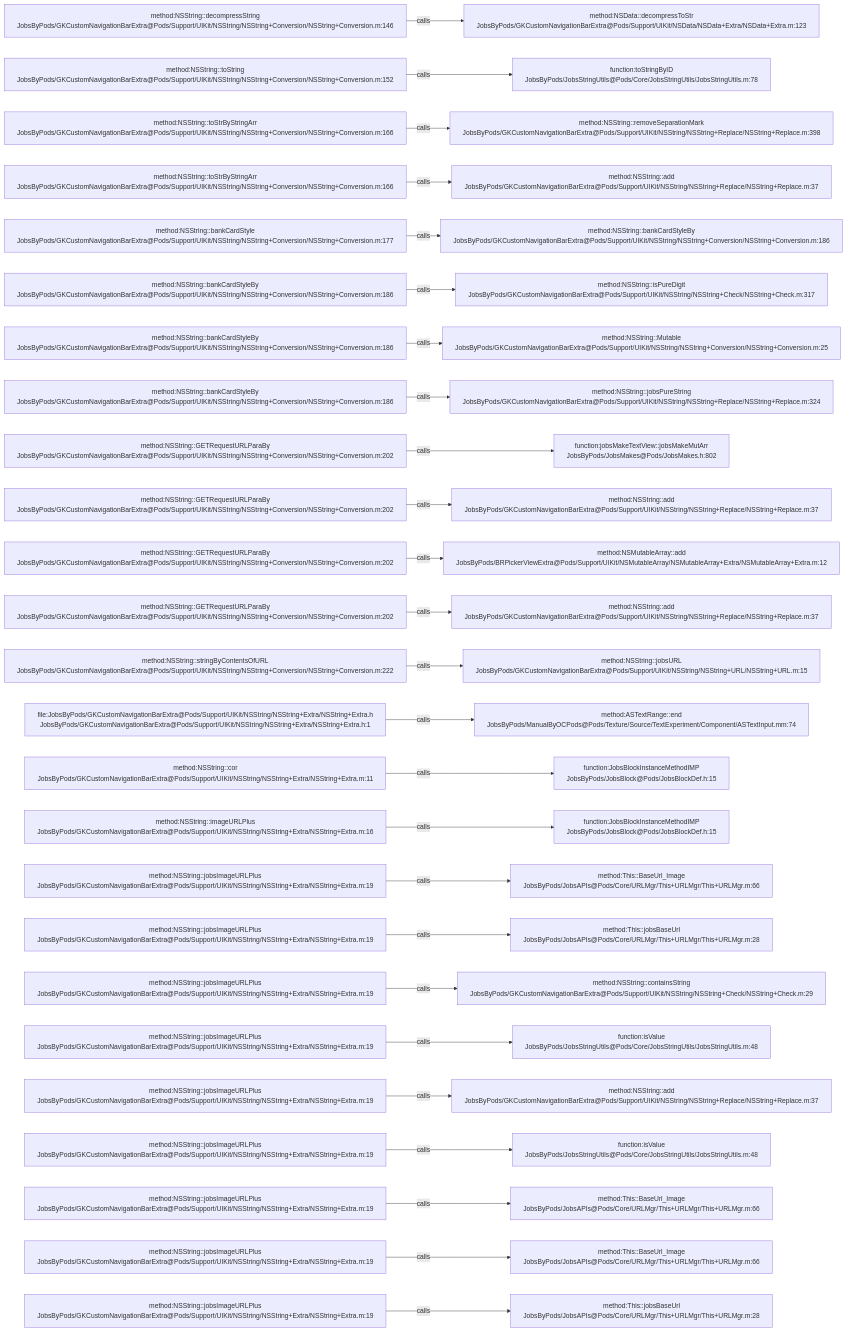
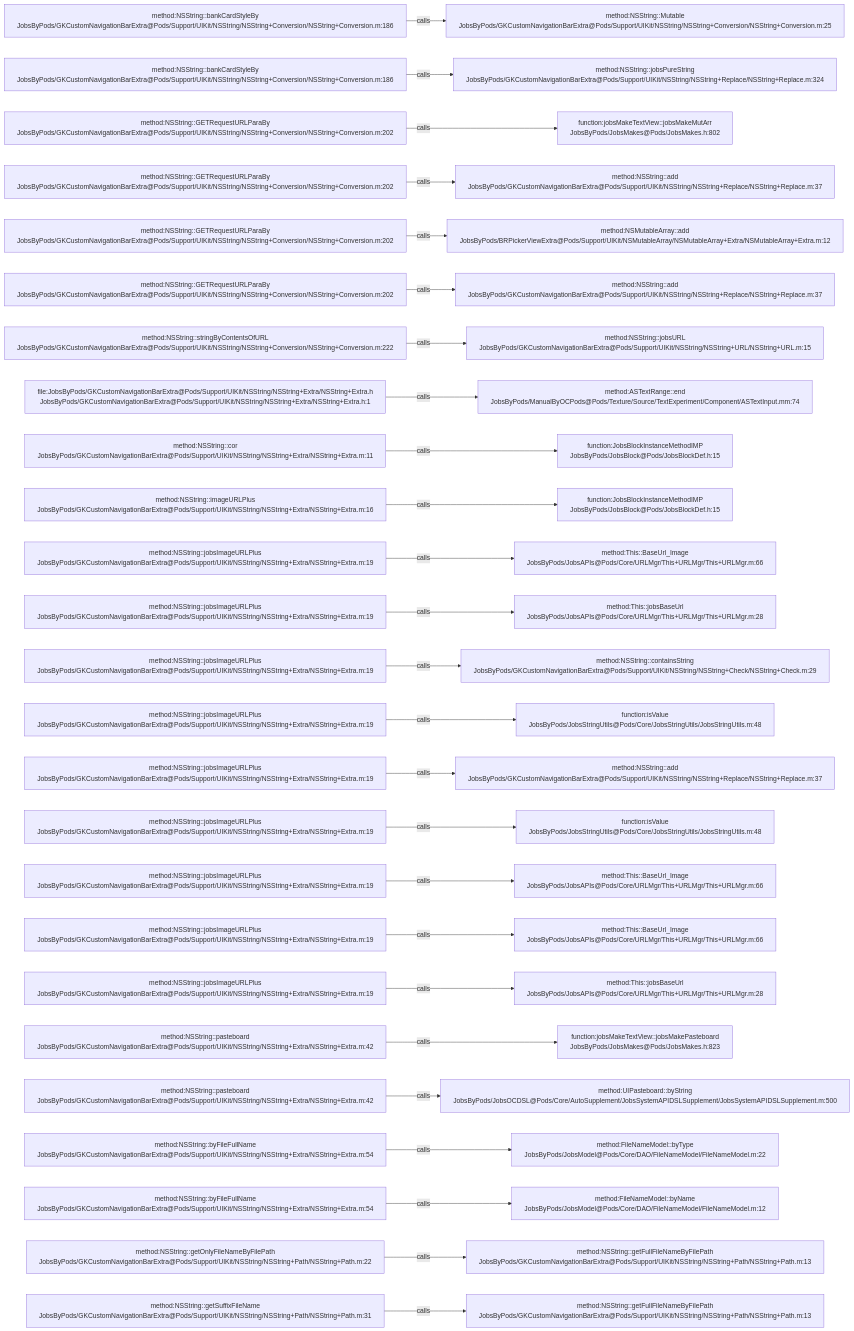
The diagram in .codegraph/codegraph.md/graphs/calls-016.md (JobsKits/JobsOCBaseConfigDemo), drawn with Mermaid before and after one commit. The commit also changed 223 other files, not shown here.

````diff
--- a/.codegraph/codegraph.md/graphs/calls-016.md
+++ b/.codegraph/codegraph.md/graphs/calls-016.md
@@ -13,78 +13,78 @@
 ```mermaid
 flowchart LR
-  S1["method:NSString::decompressString<br/>JobsByPods/GKCustomNavigationBarExtra@Pods/Support/UIKit/NSString/NSString+Conversion/NSString+Conversion.m:146"]
-  T1["method:NSData::decompressToStr<br/>JobsByPods/GKCustomNavigationBarExtra@Pods/Support/UIKit/NSData/NSData+Extra/NSData+Extra.m:123"]
+  S1["method:NSString::bankCardStyleBy<br/>JobsByPods/GKCustomNavigationBarExtra@Pods/Support/UIKit/NSString/NSString+Conversion/NSString+Conversion.m:186"]
+  T1["method:NSString::Mutable<br/>JobsByPods/GKCustomNavigationBarExtra@Pods/Support/UIKit/NSString/NSString+Conversion/NSString+Conversion.m:25"]
   S1 -->|calls| T1
-  S2["method:NSString::toString<br/>JobsByPods/GKCustomNavigationBarExtra@Pods/Support/UIKit/NSString/NSString+Conversion/NSString+Conversion.m:152"]
-  T2["function:toStringByID<br/>JobsByPods/JobsStringUtils@Pods/Core/JobsStringUtils/JobsStringUtils.m:78"]
+  S2["method:NSString::bankCardStyleBy<br/>JobsByPods/GKCustomNavigationBarExtra@Pods/Support/UIKit/NSString/NSString+Conversion/NSString+Conversion.m:186"]
+  T2["method:NSString::jobsPureString<br/>JobsByPods/GKCustomNavigationBarExtra@Pods/Support/UIKit/NSString/NSString+Replace/NSString+Replace.m:324"]
   S2 -->|calls| T2
-  S3["method:NSString::toStrByStringArr<br/>JobsByPods/GKCustomNavigationBarExtra@Pods/Support/UIKit/NSString/NSString+Conversion/NSString+Conversion.m:166"]
-  T3["method:NSString::removeSeparationMark<br/>JobsByPods/GKCustomNavigationBarExtra@Pods/Support/UIKit/NSString/NSString+Replace/NSString+Replace.m:398"]
+  S3["method:NSString::GETRequestURLParaBy<br/>JobsByPods/GKCustomNavigationBarExtra@Pods/Support/UIKit/NSString/NSString+Conversion/NSString+Conversion.m:202"]
+  T3["function:jobsMakeTextView::jobsMakeMutArr<br/>JobsByPods/JobsMakes@Pods/JobsMakes.h:802"]
   S3 -->|calls| T3
-  S4["method:NSString::toStrByStringArr<br/>JobsByPods/GKCustomNavigationBarExtra@Pods/Support/UIKit/NSString/NSString+Conversion/NSString+Conversion.m:166"]
+  S4["method:NSString::GETRequestURLParaBy<br/>JobsByPods/GKCustomNavigationBarExtra@Pods/Support/UIKit/NSString/NSString+Conversion/NSString+Conversion.m:202"]
   T4["method:NSString::add<br/>JobsByPods/GKCustomNavigationBarExtra@Pods/Support/UIKit/NSString/NSString+Replace/NSString+Replace.m:37"]
   S4 -->|calls| T4
-  S5["method:NSString::bankCardStyle<br/>JobsByPods/GKCustomNavigationBarExtra@Pods/Support/UIKit/NSString/NSString+Conversion/NSString+Conversion.m:177"]
-  T5["method:NSString::bankCardStyleBy<br/>JobsByPods/GKCustomNavigationBarExtra@Pods/Support/UIKit/NSString/NSString+Conversion/NSString+Conversion.m:186"]
+  S5["method:NSString::GETRequestURLParaBy<br/>JobsByPods/GKCustomNavigationBarExtra@Pods/Support/UIKit/NSString/NSString+Conversion/NSString+Conversion.m:202"]
+  T5["method:NSMutableArray::add<br/>JobsByPods/BRPickerViewExtra@Pods/Support/UIKit/NSMutableArray/NSMutableArray+Extra/NSMutableArray+Extra.m:12"]
   S5 -->|calls| T5
-  S6["method:NSString::bankCardStyleBy<br/>JobsByPods/GKCustomNavigationBarExtra@Pods/Support/UIKit/NSString/NSString+Conversion/NSString+Conversion.m:186"]
-  T6["method:NSString::isPureDigit<br/>JobsByPods/GKCustomNavigationBarExtra@Pods/Support/UIKit/NSString/NSString+Check/NSString+Check.m:317"]
+  S6["method:NSString::GETRequestURLParaBy<br/>JobsByPods/GKCustomNavigationBarExtra@Pods/Support/UIKit/NSString/NSString+Conversion/NSString+Conversion.m:202"]
+  T6["method:NSString::add<br/>JobsByPods/GKCustomNavigationBarExtra@Pods/Support/UIKit/NSString/NSString+Replace/NSString+Replace.m:37"]
   S6 -->|calls| T6
-  S7["method:NSString::bankCardStyleBy<br/>JobsByPods/GKCustomNavigationBarExtra@Pods/Support/UIKit/NSString/NSString+Conversion/NSString+Conversion.m:186"]
-  T7["method:NSString::Mutable<br/>JobsByPods/GKCustomNavigationBarExtra@Pods/Support/UIKit/NSString/NSString+Conversion/NSString+Conversion.m:25"]
+  S7["method:NSString::stringByContentsOfURL<br/>JobsByPods/GKCustomNavigationBarExtra@Pods/Support/UIKit/NSString/NSString+Conversion/NSString+Conversion.m:222"]
+  T7["method:NSString::jobsURL<br/>JobsByPods/GKCustomNavigationBarExtra@Pods/Support/UIKit/NSString/NSString+URL/NSString+URL.m:15"]
   S7 -->|calls| T7
-  S8["method:NSString::bankCardStyleBy<br/>JobsByPods/GKCustomNavigationBarExtra@Pods/Support/UIKit/NSString/NSString+Conversion/NSString+Conversion.m:186"]
-  T8["method:NSString::jobsPureString<br/>JobsByPods/GKCustomNavigationBarExtra@Pods/Support/UIKit/NSString/NSString+Replace/NSString+Replace.m:324"]
+  S8["file:JobsByPods/GKCustomNavigationBarExtra@Pods/Support/UIKit/NSString/NSString+Extra/NSString+Extra.h<br/>JobsByPods/GKCustomNavigationBarExtra@Pods/Support/UIKit/NSString/NSString+Extra/NSString+Extra.h:1"]
+  T8["method:ASTextRange::end<br/>JobsByPods/ManualByOCPods@Pods/Texture/Source/TextExperiment/Component/ASTextInput.mm:74"]
   S8 -->|calls| T8
-  S9["method:NSString::GETRequestURLParaBy<br/>JobsByPods/GKCustomNavigationBarExtra@Pods/Support/UIKit/NSString/NSString+Conversion/NSString+Conversion.m:202"]
-  T9["function:jobsMakeTextView::jobsMakeMutArr<br/>JobsByPods/JobsMakes@Pods/JobsMakes.h:802"]
+  S9["method:NSString::cor<br/>JobsByPods/GKCustomNavigationBarExtra@Pods/Support/UIKit/NSString/NSString+Extra/NSString+Extra.m:11"]
+  T9["function:JobsBlockInstanceMethodIMP<br/>JobsByPods/JobsBlock@Pods/JobsBlockDef.h:15"]
   S9 -->|calls| T9
-  S10["method:NSString::GETRequestURLParaBy<br/>JobsByPods/GKCustomNavigationBarExtra@Pods/Support/UIKit/NSString/NSString+Conversion/NSString+Conversion.m:202"]
-  T10["method:NSString::add<br/>JobsByPods/GKCustomNavigationBarExtra@Pods/Support/UIKit/NSString/NSString+Replace/NSString+Replace.m:37"]
+  S10["method:NSString::imageURLPlus<br/>JobsByPods/GKCustomNavigationBarExtra@Pods/Support/UIKit/NSString/NSString+Extra/NSString+Extra.m:16"]
+  T10["function:JobsBlockInstanceMethodIMP<br/>JobsByPods/JobsBlock@Pods/JobsBlockDef.h:15"]
   S10 -->|calls| T10
-  S11["method:NSString::GETRequestURLParaBy<br/>JobsByPods/GKCustomNavigationBarExtra@Pods/Support/UIKit/NSString/NSString+Conversion/NSString+Conversion.m:202"]
-  T11["method:NSMutableArray::add<br/>JobsByPods/BRPickerViewExtra@Pods/Support/UIKit/NSMutableArray/NSMutableArray+Extra/NSMutableArray+Extra.m:12"]
+  S11["method:NSString::jobsImageURLPlus<br/>JobsByPods/GKCustomNavigationBarExtra@Pods/Support/UIKit/NSString/NSString+Extra/NSString+Extra.m:19"]
+  T11["method:This::BaseUrl_Image<br/>JobsByPods/JobsAPIs@Pods/Core/URLMgr/This+URLMgr/This+URLMgr.m:66"]
   S11 -->|calls| T11
-  S12["method:NSString::GETRequestURLParaBy<br/>JobsByPods/GKCustomNavigationBarExtra@Pods/Support/UIKit/NSString/NSString+Conversion/NSString+Conversion.m:202"]
-  T12["method:NSString::add<br/>JobsByPods/GKCustomNavigationBarExtra@Pods/Support/UIKit/NSString/NSString+Replace/NSString+Replace.m:37"]
+  S12["method:NSString::jobsImageURLPlus<br/>JobsByPods/GKCustomNavigationBarExtra@Pods/Support/UIKit/NSString/NSString+Extra/NSString+Extra.m:19"]
+  T12["method:This::jobsBaseUrl<br/>JobsByPods/JobsAPIs@Pods/Core/URLMgr/This+URLMgr/This+URLMgr.m:28"]
   S12 -->|calls| T12
-  S13["method:NSString::stringByContentsOfURL<br/>JobsByPods/GKCustomNavigationBarExtra@Pods/Support/UIKit/NSString/NSString+Conversion/NSString+Conversion.m:222"]
-  T13["method:NSString::jobsURL<br/>JobsByPods/GKCustomNavigationBarExtra@Pods/Support/UIKit/NSString/NSString+URL/NSString+URL.m:15"]
+  S13["method:NSString::jobsImageURLPlus<br/>JobsByPods/GKCustomNavigationBarExtra@Pods/Support/UIKit/NSString/NSString+Extra/NSString+Extra.m:19"]
+  T13["method:NSString::containsString<br/>JobsByPods/GKCustomNavigationBarExtra@Pods/Support/UIKit/NSString/NSString+Check/NSString+Check.m:29"]
   S13 -->|calls| T13
-  S14["file:JobsByPods/GKCustomNavigationBarExtra@Pods/Support/UIKit/NSString/NSString+Extra/NSString+Extra.h<br/>JobsByPods/GKCustomNavigationBarExtra@Pods/Support/UIKit/NSString/NSString+Extra/NSString+Extra.h:1"]
-  T14["method:ASTextRange::end<br/>JobsByPods/ManualByOCPods@Pods/Texture/Source/TextExperiment/Component/ASTextInput.mm:74"]
+  S14["method:NSString::jobsImageURLPlus<br/>JobsByPods/GKCustomNavigationBarExtra@Pods/Support/UIKit/NSString/NSString+Extra/NSString+Extra.m:19"]
+  T14["function:isValue<br/>JobsByPods/JobsStringUtils@Pods/Core/JobsStringUtils/JobsStringUtils.m:48"]
   S14 -->|calls| T14
-  S15["method:NSString::cor<br/>JobsByPods/GKCustomNavigationBarExtra@Pods/Support/UIKit/NSString/NSString+Extra/NSString+Extra.m:11"]
-  T15["function:JobsBlockInstanceMethodIMP<br/>JobsByPods/JobsBlock@Pods/JobsBlockDef.h:15"]
+  S15["method:NSString::jobsImageURLPlus<br/>JobsByPods/GKCustomNavigationBarExtra@Pods/Support/UIKit/NSString/NSString+Extra/NSString+Extra.m:19"]
+  T15["method:NSString::add<br/>JobsByPods/GKCustomNavigationBarExtra@Pods/Support/UIKit/NSString/NSString+Replace/NSString+Replace.m:37"]
   S15 -->|calls| T15
-  S16["method:NSString::imageURLPlus<br/>JobsByPods/GKCustomNavigationBarExtra@Pods/Support/UIKit/NSString/NSString+Extra/NSString+Extra.m:16"]
-  T16["function:JobsBlockInstanceMethodIMP<br/>JobsByPods/JobsBlock@Pods/JobsBlockDef.h:15"]
+  S16["method:NSString::jobsImageURLPlus<br/>JobsByPods/GKCustomNavigationBarExtra@Pods/Support/UIKit/NSString/NSString+Extra/NSString+Extra.m:19"]
+  T16["function:isValue<br/>JobsByPods/JobsStringUtils@Pods/Core/JobsStringUtils/JobsStringUtils.m:48"]
   S16 -->|calls| T16
   S17["method:NSString::jobsImageURLPlus<br/>JobsByPods/GKCustomNavigationBarExtra@Pods/Support/UIKit/NSString/NSString+Extra/NSString+Extra.m:19"]
   T17["method:This::BaseUrl_Image<br/>JobsByPods/JobsAPIs@Pods/Core/URLMgr/This+URLMgr/This+URLMgr.m:66"]
   S17 -->|calls| T17
   S18["method:NSString::jobsImageURLPlus<br/>JobsByPods/GKCustomNavigationBarExtra@Pods/Support/UIKit/NSString/NSString+Extra/NSString+Extra.m:19"]
-  T18["method:This::jobsBaseUrl<br/>JobsByPods/JobsAPIs@Pods/Core/URLMgr/This+URLMgr/This+URLMgr.m:28"]
+  T18["method:This::BaseUrl_Image<br/>JobsByPods/JobsAPIs@Pods/Core/URLMgr/This+URLMgr/This+URLMgr.m:66"]
   S18 -->|calls| T18
   S19["method:NSString::jobsImageURLPlus<br/>JobsByPods/GKCustomNavigationBarExtra@Pods/Support/UIKit/NSString/NSString+Extra/NSString+Extra.m:19"]
-  T19["method:NSString::containsString<br/>JobsByPods/GKCustomNavigationBarExtra@Pods/Support/UIKit/NSString/NSString+Check/NSString+Check.m:29"]
+  T19["method:This::jobsBaseUrl<br/>JobsByPods/JobsAPIs@Pods/Core/URLMgr/This+URLMgr/This+URLMgr.m:28"]
   S19 -->|calls| T19
-  S20["method:NSString::jobsImageURLPlus<br/>JobsByPods/GKCustomNavigationBarExtra@Pods/Support/UIKit/NSString/NSString+Extra/NSString+Extra.m:19"]
-  T20["function:isValue<br/>JobsByPods/JobsStringUtils@Pods/Core/JobsStringUtils/JobsStringUtils.m:48"]
+  S20["method:NSString::pasteboard<br/>JobsByPods/GKCustomNavigationBarExtra@Pods/Support/UIKit/NSString/NSString+Extra/NSString+Extra.m:42"]
+  T20["function:jobsMakeTextView::jobsMakePasteboard<br/>JobsByPods/JobsMakes@Pods/JobsMakes.h:823"]
   S20 -->|calls| T20
-  S21["method:NSString::jobsImageURLPlus<br/>JobsByPods/GKCustomNavigationBarExtra@Pods/Support/UIKit/NSString/NSString+Extra/NSString+Extra.m:19"]
-  T21["method:NSString::add<br/>JobsByPods/GKCustomNavigationBarExtra@Pods/Support/UIKit/NSString/NSString+Replace/NSString+Replace.m:37"]
+  S21["method:NSString::pasteboard<br/>JobsByPods/GKCustomNavigationBarExtra@Pods/Support/UIKit/NSString/NSString+Extra/NSString+Extra.m:42"]
+  T21["method:UIPasteboard::byString<br/>JobsByPods/JobsOCDSL@Pods/Core/AutoSupplement/JobsSystemAPIDSLSupplement/JobsSystemAPIDSLSupplement.m:500"]
   S21 -->|calls| T21
-  S22["method:NSString::jobsImageURLPlus<br/>JobsByPods/GKCustomNavigationBarExtra@Pods/Support/UIKit/NSString/NSString+Extra/NSString+Extra.m:19"]
-  T22["function:isValue<br/>JobsByPods/JobsStringUtils@Pods/Core/JobsStringUtils/JobsStringUtils.m:48"]
+  S22["method:NSString::byFileFullName<br/>JobsByPods/GKCustomNavigationBarExtra@Pods/Support/UIKit/NSString/NSString+Extra/NSString+Extra.m:54"]
+  T22["method:FileNameModel::byType<br/>JobsByPods/JobsModel@Pods/Core/DAO/FileNameModel/FileNameModel.m:22"]
   S22 -->|calls| T22
-  S23["method:NSString::jobsImageURLPlus<br/>JobsByPods/GKCustomNavigationBarExtra@Pods/Support/UIKit/NSString/NSString+Extra/NSString+Extra.m:19"]
-  T23["method:This::BaseUrl_Image<br/>JobsByPods/JobsAPIs@Pods/Core/URLMgr/This+URLMgr/This+URLMgr.m:66"]
+  S23["method:NSString::byFileFullName<br/>JobsByPods/GKCustomNavigationBarExtra@Pods/Support/UIKit/NSString/NSString+Extra/NSString+Extra.m:54"]
+  T23["method:FileNameModel::byName<br/>JobsByPods/JobsModel@Pods/Core/DAO/FileNameModel/FileNameModel.m:12"]
   S23 -->|calls| T23
-  S24["method:NSString::jobsImageURLPlus<br/>JobsByPods/GKCustomNavigationBarExtra@Pods/Support/UIKit/NSString/NSString+Extra/NSString+Extra.m:19"]
-  T24["method:This::BaseUrl_Image<br/>JobsByPods/JobsAPIs@Pods/Core/URLMgr/This+URLMgr/This+URLMgr.m:66"]
+  S24["method:NSString::getOnlyFileNameByFilePath<br/>JobsByPods/GKCustomNavigationBarExtra@Pods/Support/UIKit/NSString/NSString+Path/NSString+Path.m:22"]
+  T24["method:NSString::getFullFileNameByFilePath<br/>JobsByPods/GKCustomNavigationBarExtra@Pods/Support/UIKit/NSString/NSString+Path/NSString+Path.m:13"]
   S24 -->|calls| T24
-  S25["method:NSString::jobsImageURLPlus<br/>JobsByPods/GKCustomNavigationBarExtra@Pods/Support/UIKit/NSString/NSString+Extra/NSString+Extra.m:19"]
-  T25["method:This::jobsBaseUrl<br/>JobsByPods/JobsAPIs@Pods/Core/URLMgr/This+URLMgr/This+URLMgr.m:28"]
+  S25["method:NSString::getSuffixFileName<br/>JobsByPods/GKCustomNavigationBarExtra@Pods/Support/UIKit/NSString/NSString+Path/NSString+Path.m:31"]
+  T25["method:NSString::getFullFileNameByFilePath<br/>JobsByPods/GKCustomNavigationBarExtra@Pods/Support/UIKit/NSString/NSString+Path/NSString+Path.m:13"]
   S25 -->|calls| T25
 ```
````
